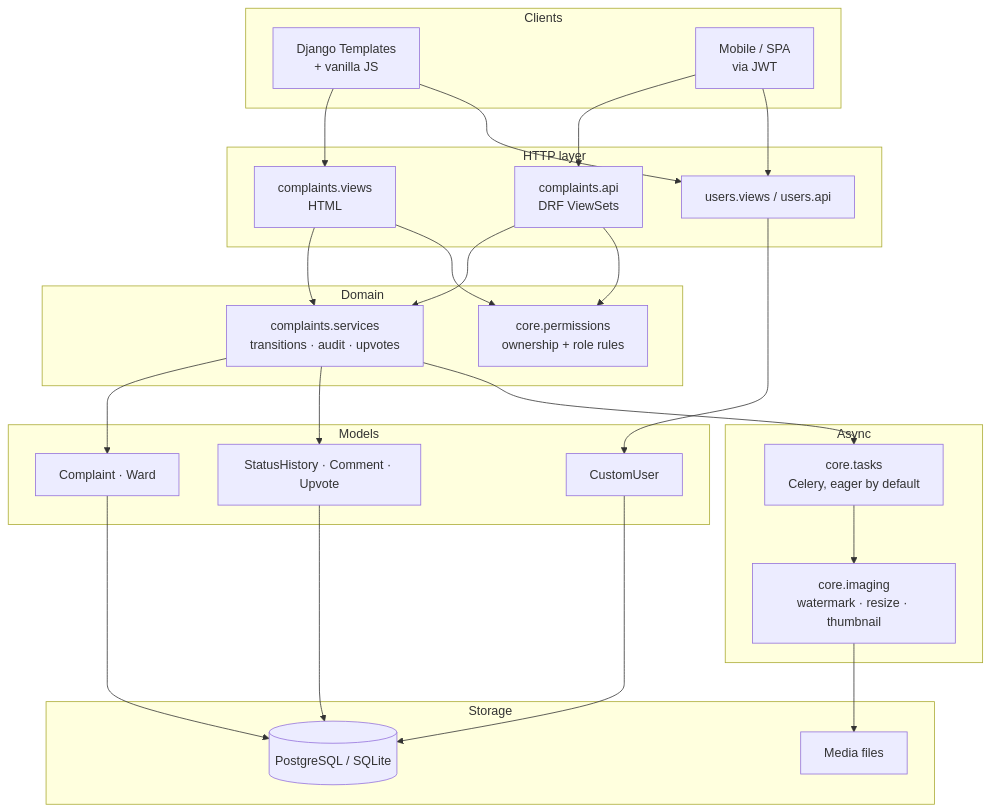
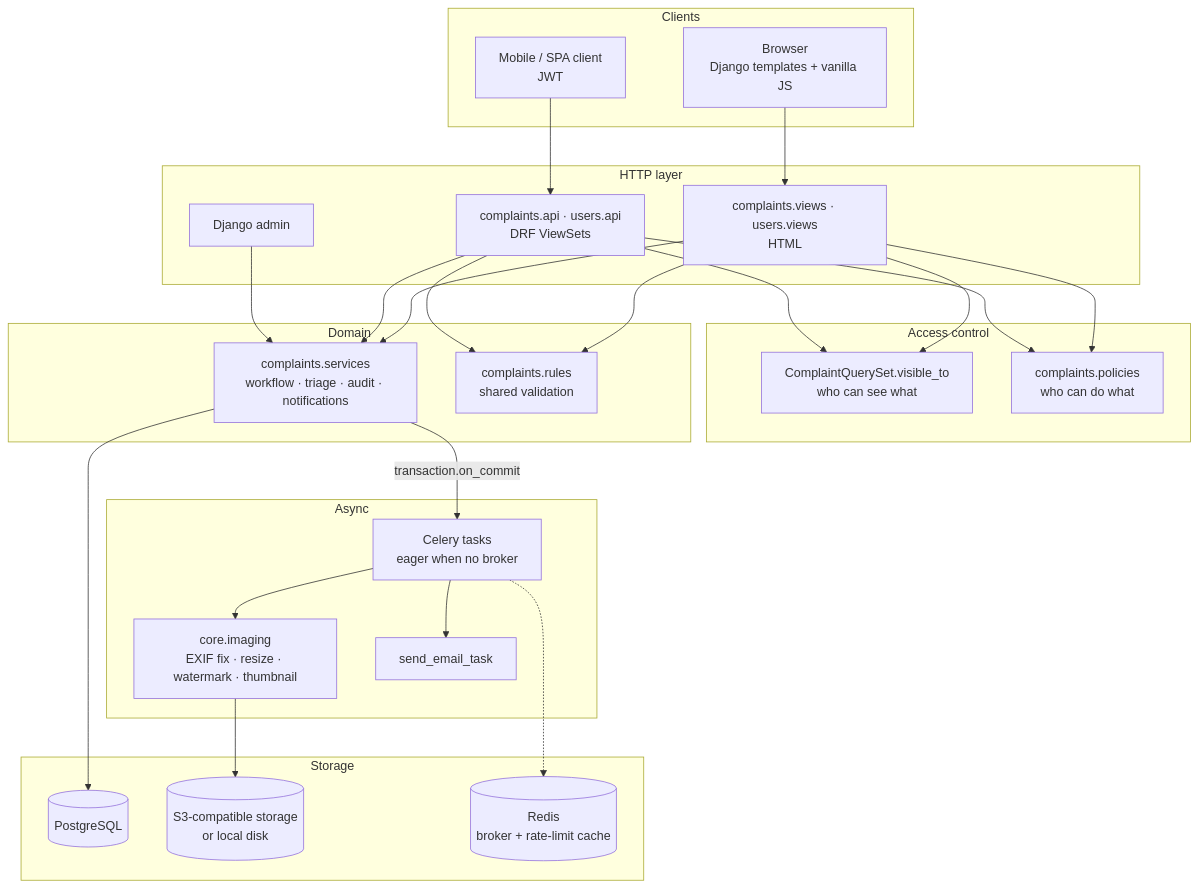
One commit to RishiAnand108/Nagriksetu changed the diagram in README.md. Above: the diagram before and after it, drawn with Mermaid. The commit also changed other lines of this file and 7 other files, not shown here.

````diff
--- a/README.md
+++ b/README.md
@@ -77,52 +95,46 @@
 ```mermaid
 graph TB
-    subgraph "Clients"
-        A[Django Templates<br/>+ vanilla JS]
-        B[Mobile / SPA<br/>via JWT]
+    subgraph Clients
+        B[Browser<br/>Django templates + vanilla JS]
+        M[Mobile / SPA client<br/>JWT]
     end
 
     subgraph "HTTP layer"
-        C[complaints.views<br/>HTML]
-        D[complaints.api<br/>DRF ViewSets]
-        E[users.views / users.api]
+        HV[complaints.views · users.views<br/>HTML]
+        API[complaints.api · users.api<br/>DRF ViewSets]
+        ADM[Django admin]
     end
 
-    subgraph "Domain"
-        F[complaints.services<br/>transitions · audit · upvotes]
-        G[core.permissions<br/>ownership + role rules]
+    subgraph "Access control"
+        VIS[ComplaintQuerySet.visible_to<br/>who can see what]
+        POL[complaints.policies<br/>who can do what]
     end
 
-    subgraph "Models"
-        H[Complaint · Ward]
-        I[StatusHistory · Comment · Upvote]
-        J[CustomUser]
+    subgraph Domain
+        SVC[complaints.services<br/>workflow · triage · audit · notifications]
+        RULES[complaints.rules<br/>shared validation]
     end
 
-    subgraph "Async"
-        K[core.tasks<br/>Celery, eager by default]
-        L[core.imaging<br/>watermark · resize · thumbnail]
+    subgraph Async
+        CEL[Celery tasks<br/>eager when no broker]
+        IMG[core.imaging<br/>EXIF fix · resize · watermark · thumbnail]
+        MAIL[send_email_task]
     end
 
-    subgraph "Storage"
-        M[(PostgreSQL / SQLite)]
-        N[Media files]
+    subgraph Storage
+        PG[(PostgreSQL)]
+        OBJ[(S3-compatible storage<br/>or local disk)]
+        RD[(Redis<br/>broker + rate-limit cache)]
     end
 
-    A --> C
-    A --> E
-    B --> D
-    B --> E
-    C --> F
-    D --> F
-    D --> G
-    C --> G
-    F --> H
-    F --> I
-    F --> K
-    E --> J
-    K --> L
-    H --> M
-    I --> M
-    J --> M
-    L --> N
+    B --> HV
+    M --> API
+    HV --> VIS & POL & SVC & RULES
+    API --> VIS & POL & SVC & RULES
+    ADM --> SVC
+    SVC --> PG
+    SVC -- transaction.on_commit --> CEL
+    CEL --> IMG --> OBJ
+    CEL --> MAIL
+    CEL -.-> RD
 ```
````
